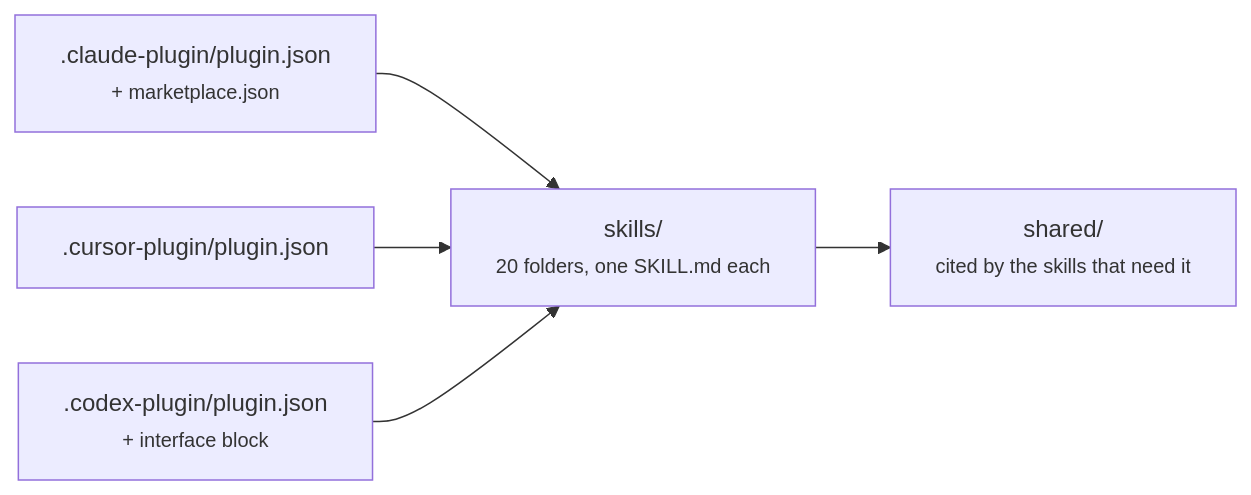
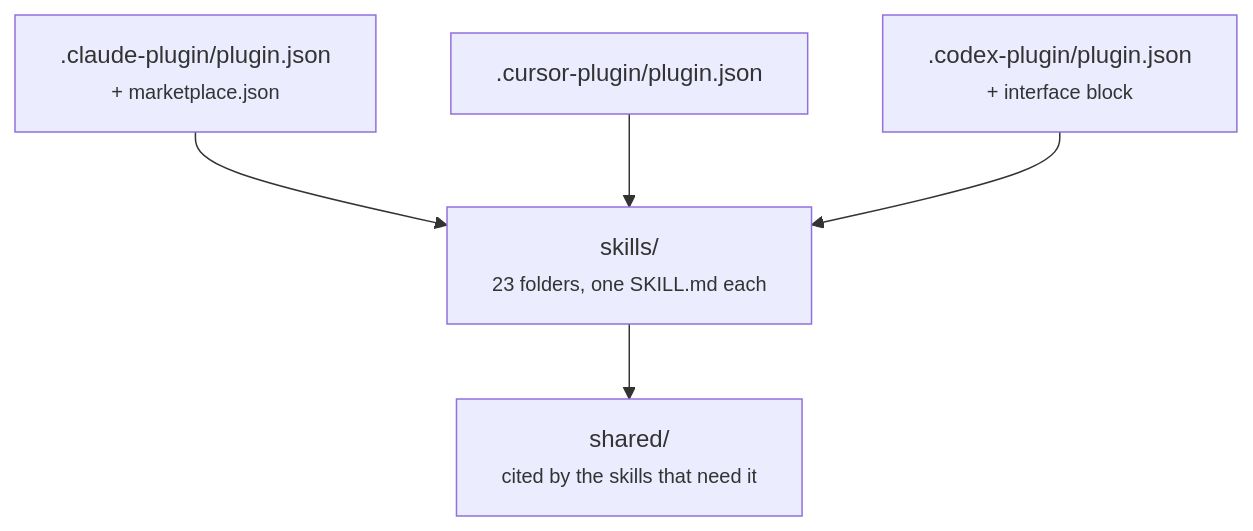
Before and after one commit to lamngockhuong/aiteamkit: the first of 2 diagrams in docs/system-architecture.md, drawn with Mermaid. The commit also changed 14 other files, not shown here.

First line of the commit message:
docs: map each role to the skills it writes, accepts, and reviews (#65)

````diff
--- a/docs/system-architecture.md
+++ b/docs/system-architecture.md
@@ -46,7 +46,7 @@
 ```mermaid
-flowchart LR
-    CP[".claude-plugin/plugin.json<br/><small>+ marketplace.json</small>"] --> SK["skills/<br/><small>20 folders, one SKILL.md each</small>"]
+flowchart TD
+    CP[".claude-plugin/plugin.json<br/><small>+ marketplace.json</small>"] --> SK["skills/<br/><small>23 folders, one SKILL.md each</small>"]
     UP[".cursor-plugin/plugin.json"] --> SK
     XP[".codex-plugin/plugin.json<br/><small>+ interface block</small>"] --> SK
     SK --> SH["shared/<br/><small>cited by the skills that need it</small>"]
 ```
````
